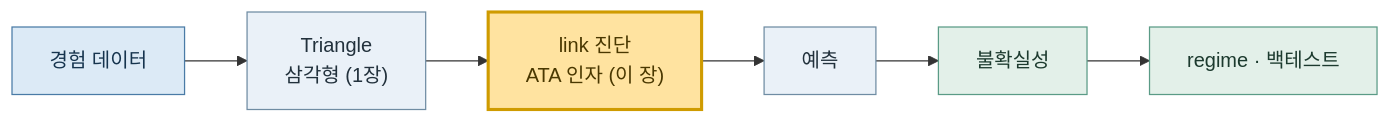
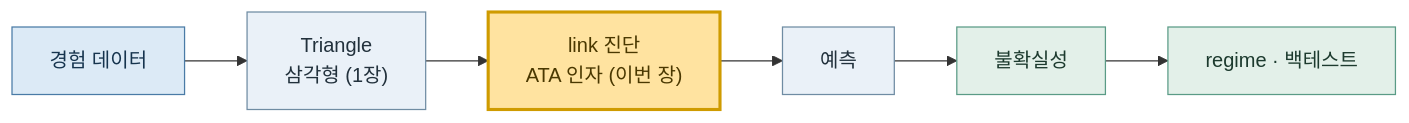
The diagram in docs/tutorial/02-ata.md (seokhoonj/lossratio), drawn with Mermaid before and after one commit. The commit also changed 3 other files, not shown here.

First line of the commit message:
docs: use 이번 장 for the current-chapter marker in the flow diagrams

````diff
--- a/docs/tutorial/02-ata.md
+++ b/docs/tutorial/02-ata.md
@@ -7,16 +7,16 @@
 ```{mermaid}
 flowchart LR
   A["경험 데이터"] --> B["Triangle<br/>삼각형 (1장)"]
-  B --> C["link 진단<br/>ATA 인자 (이 장)"]
+  B --> C["link 진단<br/>ATA 인자 (이번 장)"]
   C --> D["예측"]
   D --> E["불확실성"]
   E --> F["regime · 백테스트"]
   classDef data fill:#dceaf6,stroke:#4a7ba6,color:#16344e
   classDef estimate fill:#eaf1f8,stroke:#6f8ca3,color:#22313c
   classDef validate fill:#e3f0e9,stroke:#5a9b86,color:#1c3a2e
   classDef current fill:#ffe3a0,stroke:#cf9b00,color:#4a3800,stroke-width:2.5px
   class A data
   class B,C,D estimate
   class E,F validate
   class C current
 ```
````
